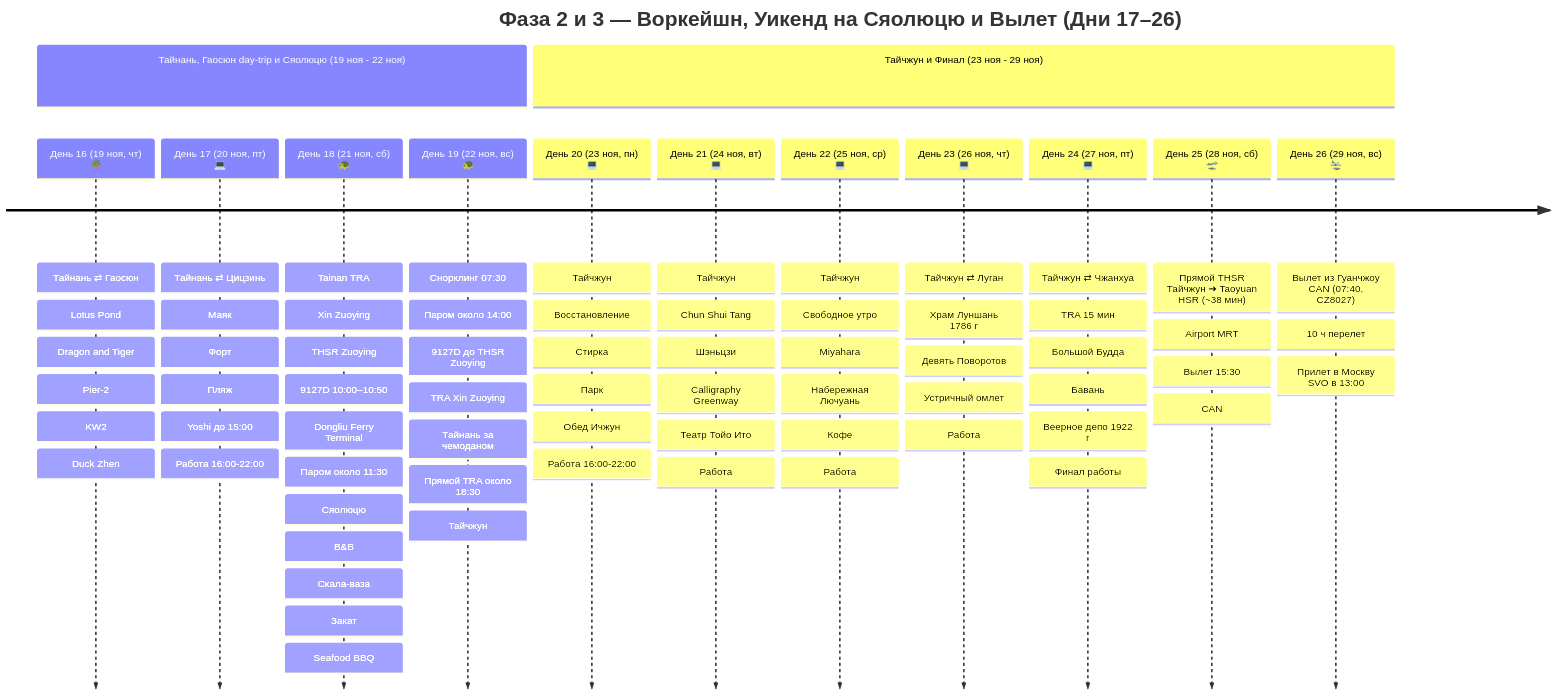
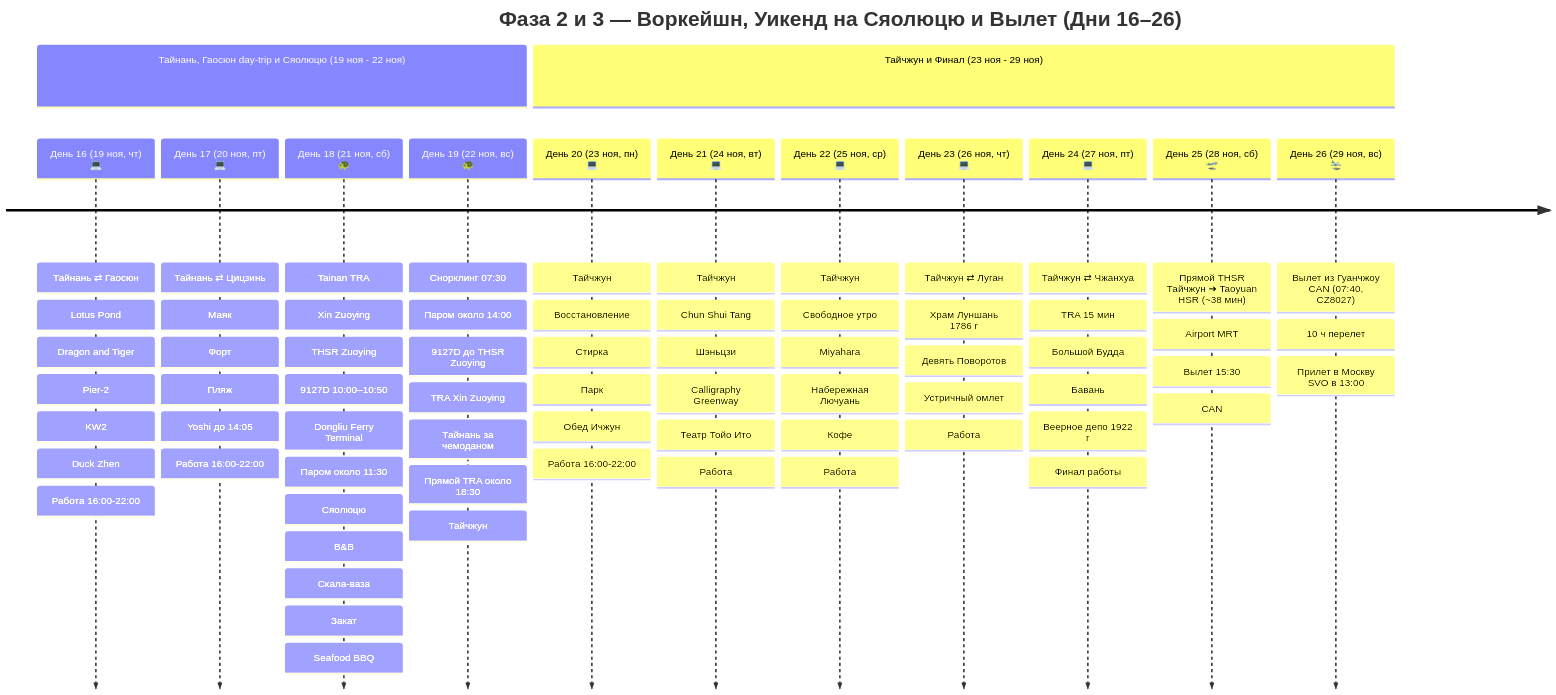
Before and after one commit to injurka/obsidian-mark: the second of 2 diagrams in Personal Note/Travel/-- Taiwan/Taiwan.md, drawn with Mermaid. The commit also changed other lines of this file and 11 other files, not shown here.

````diff
--- a/Personal Note/Travel/-- Taiwan/Taiwan.md
+++ b/Personal Note/Travel/-- Taiwan/Taiwan.md
@@ -83,17 +84,17 @@
 ```mermaid
 timeline
-    title Фаза 2 и 3 — Воркейшн, Уикенд на Сяолюцю и Вылет (Дни 17–26)
+    title Фаза 2 и 3 — Воркейшн, Уикенд на Сяолюцю и Вылет (Дни 16–26)
     section Тайнань, Гаосюн day-trip и Сяолюцю (19 ноя - 22 ноя)
-        День 16 (19 ноя, чт) 🌴 : Тайнань ⇄ Гаосюн : Lotus Pond : Dragon and Tiger : Pier-2 : KW2 : Duck Zhen
-        День 17 (20 ноя, пт) 💻 : Тайнань ⇄ Цицзинь : Маяк : Форт : Пляж : Yoshi до 15:00 : Работа 16:00-22:00
+        День 16 (19 ноя, чт) 💻 : Тайнань ⇄ Гаосюн : Lotus Pond : Dragon and Tiger : Pier-2 : KW2 : Duck Zhen : Работа 16:00-22:00
+        День 17 (20 ноя, пт) 💻 : Тайнань ⇄ Цицзинь : Маяк : Форт : Пляж : Yoshi до 14:05 : Работа 16:00-22:00
         День 18 (21 ноя, сб) 🐢 : Tainan TRA : Xin Zuoying : THSR Zuoying : 9127D 10:00–10:50 : Dongliu Ferry Terminal : Паром около 11:30 : Сяолюцю : B&B : Скала-ваза : Закат : Seafood BBQ
         День 19 (22 ноя, вс) 🐢 : Снорклинг 07:30 : Паром около 14:00 : 9127D до THSR Zuoying : TRA Xin Zuoying : Тайнань за чемоданом : Прямой TRA около 18:30 : Тайчжун
     section Тайчжун и Финал (23 ноя - 29 ноя)
         День 20 (23 ноя, пн) 💻 : Тайчжун : Восстановление : Стирка : Парк : Обед Ичжун : Работа 16:00-22:00
         День 21 (24 ноя, вт) 💻 : Тайчжун : Chun Shui Tang : Шэньцзи : Calligraphy Greenway : Театр Тойо Ито : Работа
         День 22 (25 ноя, ср) 💻 : Тайчжун : Свободное утро : Miyahara : Набережная Лючуань : Кофе : Работа
         День 23 (26 ноя, чт) 💻 : Тайчжун ⇄ Луган : Храм Луншань 1786 г : Девять Поворотов : Устричный омлет : Работа
         День 24 (27 ноя, пт) 💻 : Тайчжун ⇄ Чжанхуа : TRA 15 мин : Большой Будда : Бавань : Веерное депо 1922 г : Финал работы
         День 25 (28 ноя, сб) 🛫 : Прямой THSR Тайчжун ➔ Taoyuan HSR (~38 мин) : Airport MRT : Вылет 15:30 : CAN
         День 26 (29 ноя, вс) 🛬 : Вылет из Гуанчжоу CAN (07:40, CZ8027) : 10 ч перелет : Прилет в Москву SVO в 13:00
 ```
````
